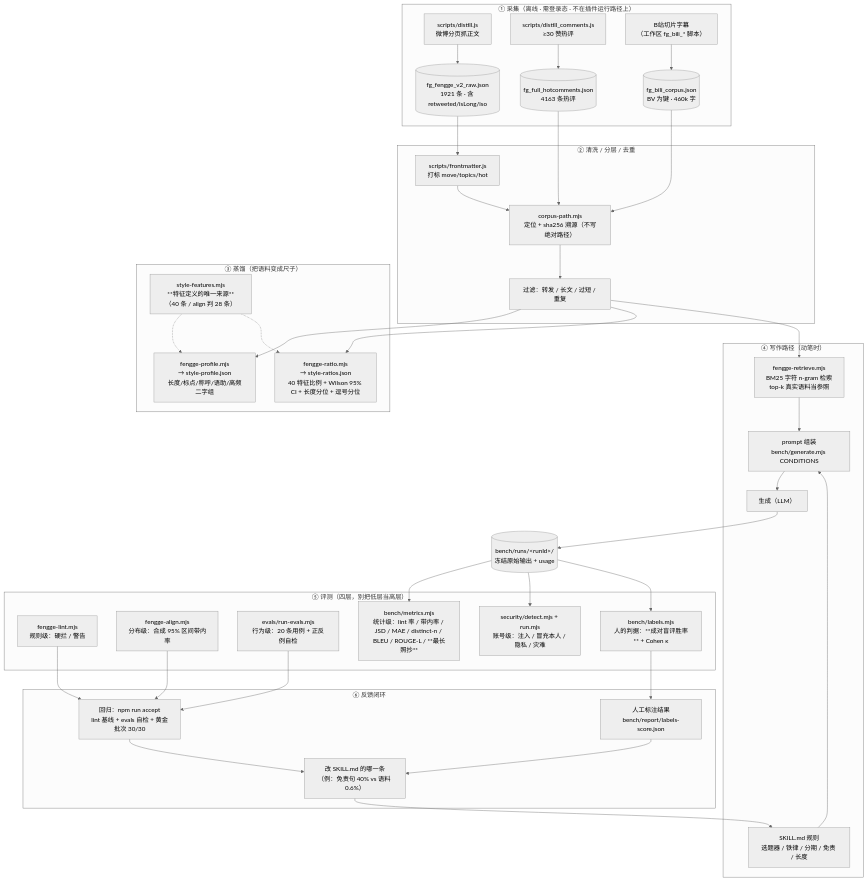
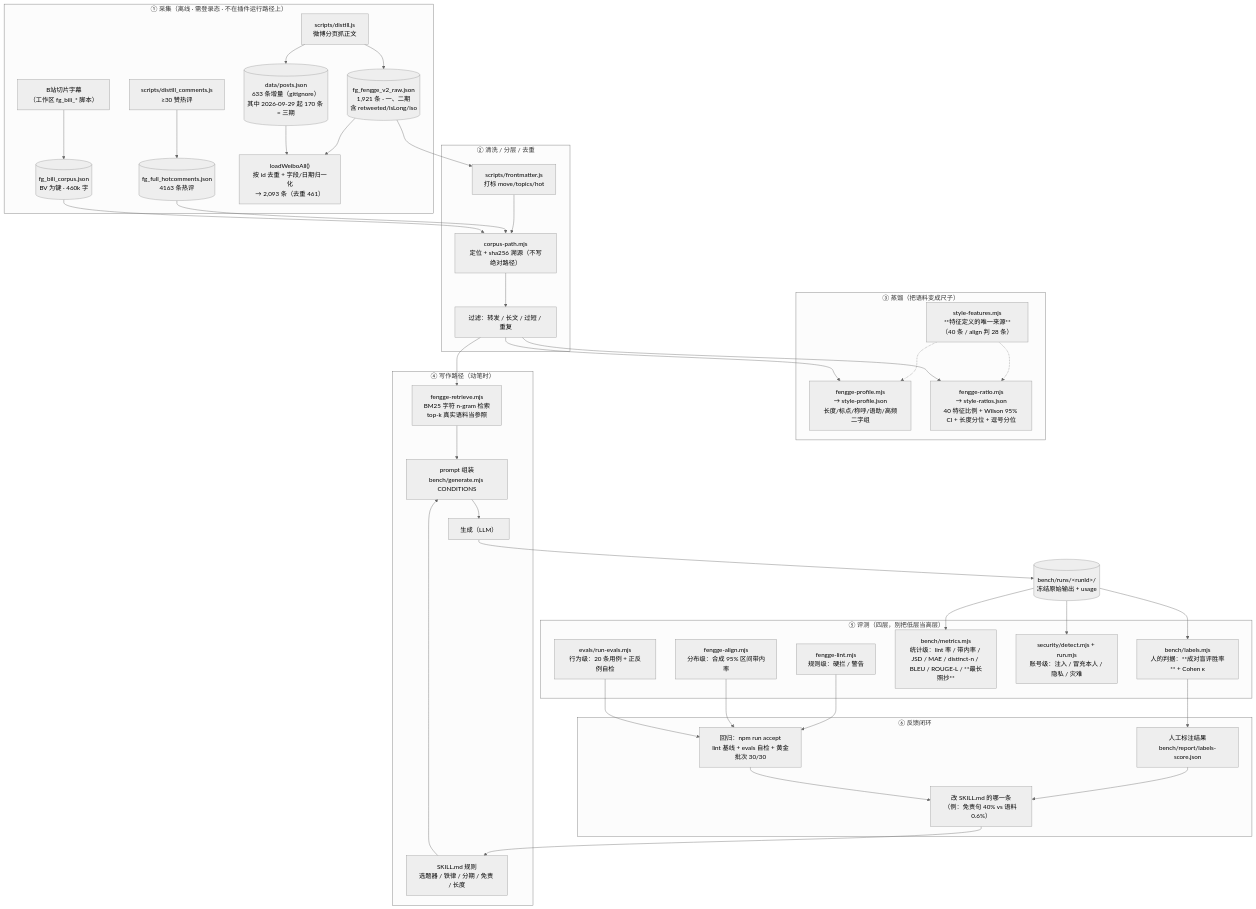
Before and after one commit to MincongZhou/fengge-distill: the first of 3 diagrams in docs/architecture.md, drawn with Mermaid (neutral theme). The commit also changed 20 other files, not shown here.

````diff
--- a/docs/architecture.md
+++ b/docs/architecture.md
@@ -10,67 +10,71 @@
 ```mermaid
 flowchart TD
     subgraph S1["① 采集（离线 · 需登录态 · 不在插件运行路径上）"]
         A1["scripts/distill.js<br/>微博分页抓正文"]
         A2["scripts/distill_comments.js<br/>≥30 赞热评"]
         A3["B站切片字幕<br/>（工作区 fg_bili_* 脚本）"]
-        A1 --> RAW[("fg_fengge_v2_raw.json<br/>1921 条 · 含 retweeted/isLong/iso")]
+        A1 --> RAW[("fg_fengge_v2_raw.json<br/>1,921 条 · 一、二期<br/>含 retweeted/isLong/iso")]
+        A1 --> INC[("data/posts.json<br/>633 条增量（gitignore）<br/>其中 2026-09-29 起 170 条 = 三期")]
         A2 --> HOT[("fg_full_hotcomments.json<br/>4163 条热评")]
         A3 --> BL[("fg_bili_corpus.json<br/>BV 为键 · 460k 字")]
+        RAW --> MERGE
+        INC --> MERGE
+        MERGE["loadWeiboAll()<br/>按 id 去重 + 字段/日期归一化<br/>→ 2,093 条（去重 461）"]
     end
 
     subgraph S2["② 清洗 / 分层 / 去重"]
         B1["scripts/frontmatter.js<br/>打标 move/topics/hot"]
         B2["corpus-path.mjs<br/>定位 + sha256 溯源（不写绝对路径）"]
         B3["过滤：转发 / 长文 / 过短 / 重复"]
         B1 --> B2 --> B3
     end
 
     subgraph S3["③ 蒸馏（把语料变成尺子）"]
         C1["fengge-profile.mjs<br/>→ style-profile.json<br/>长度/标点/称呼/语助/高频二字组"]
         C2["fengge-ratio.mjs<br/>→ style-ratios.json<br/>40 特征比例 + Wilson 95% CI + 长度分位 + 逗号分位"]
         C3["style-features.mjs<br/>**特征定义的唯一来源**（40 条 / align 判 28 条）"]
         C3 -.-> C1
         C3 -.-> C2
     end
 
     subgraph S4["④ 写作路径（动笔时）"]
         D1["SKILL.md 规则<br/>选题器 / 铁律 / 分期 / 免责 / 长度"]
         D2["fengge-retrieve.mjs<br/>BM25 字符 n-gram 检索<br/>top-k 真实语料当参照"]
         D3["prompt 组装<br/>bench/generate.mjs CONDITIONS"]
         D4["生成（LLM）"]
         D1 --> D3
         D2 --> D3
         D3 --> D4
     end
 
     subgraph S5["⑤ 评测（四层，别把低层当高层）"]
         E1["fengge-lint.mjs<br/>规则级：硬拦 / 警告"]
         E2["fengge-align.mjs<br/>分布级：合成 95% 区间带内率"]
         E3["evals/run-evals.mjs<br/>行为级：20 条用例 + 正反例自检"]
         E4["bench/metrics.mjs<br/>统计级：lint 率 / 带内率 / JSD / MAE / distinct-n / BLEU / ROUGE-L / **最长照抄**"]
         E5["security/detect.mjs + run.mjs<br/>账号级：注入 / 冒充本人 / 隐私 / 灾难"]
         E6["bench/labels.mjs<br/>人的判据：**成对盲评胜率** + Cohen κ"]
     end
 
     subgraph S6["⑥ 反馈闭环"]
         F1["人工标注结果<br/>bench/report/labels-score.json"]
         F2["改 SKILL.md 的哪一条<br/>（例：免责句 40% vs 语料 0.6%）"]
         F3["回归：npm run accept<br/>lint 基线 + evals 自检 + 黄金批次 30/30"]
     end
 
     RAW --> B1
     HOT --> B2
     BL --> B2
     B3 --> C1
     B3 --> C2
     B3 --> D2
     D4 --> OUT[("bench/runs/&lt;runId&gt;/<br/>冻结原始输出 + usage")]
     OUT --> E4
     OUT --> E5
     OUT --> E6
     E1 --> F3
     E2 --> F3
     E3 --> F3
     E6 --> F1 --> F2 --> D1
     F3 --> F2
 ```
````
